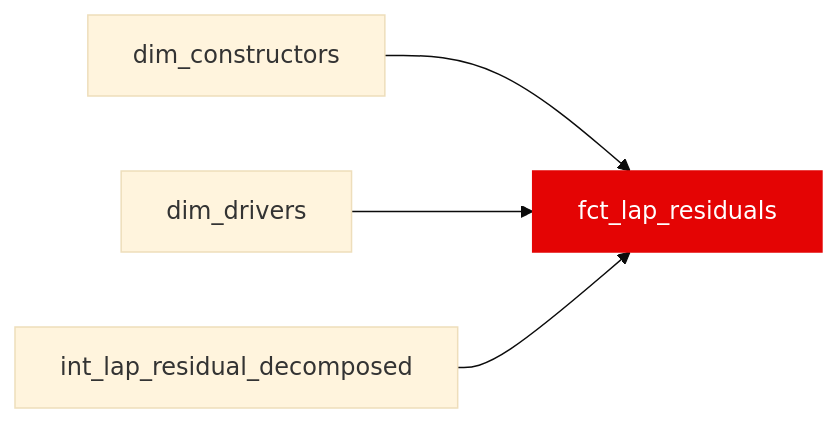
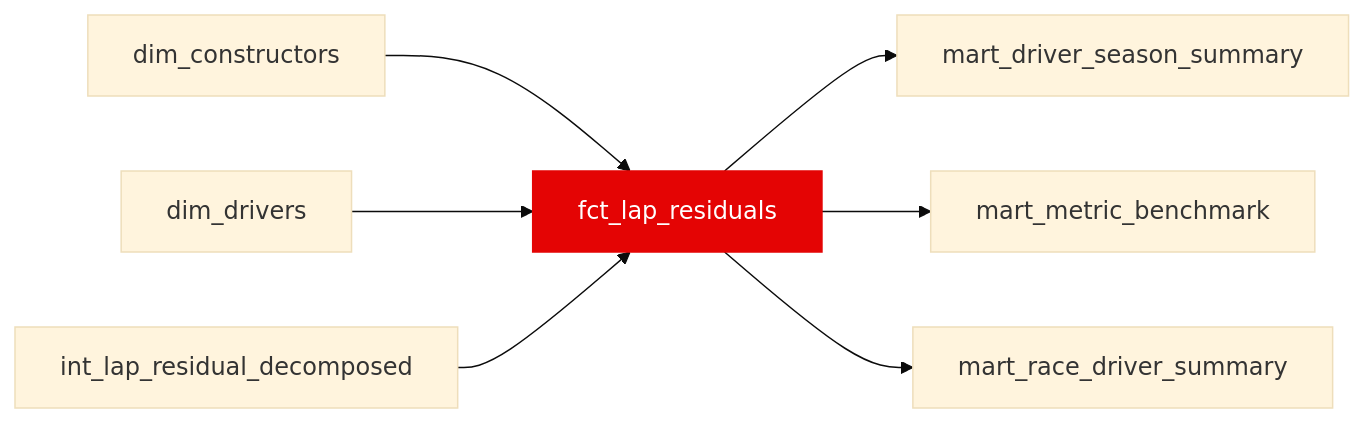
The diagram in docs/reference/models/fct/fct_lap_residuals.mdx (JustinClarke/off-the-pace), drawn with Mermaid (base theme) before and after one commit. The commit also changed other lines of this file and 224 other files, not shown here.

````diff
--- a/docs/reference/models/fct/fct_lap_residuals.mdx
+++ b/docs/reference/models/fct/fct_lap_residuals.mdx
@@ -19,7 +19,10 @@
 ```mermaid
 flowchart LR
   dim_constructors --> fct_lap_residuals
   dim_drivers --> fct_lap_residuals
   int_lap_residual_decomposed --> fct_lap_residuals
+  fct_lap_residuals --> mart_driver_season_summary
+  fct_lap_residuals --> mart_metric_benchmark
+  fct_lap_residuals --> mart_race_driver_summary
   style fct_lap_residuals fill:#e40404,stroke:#e40404,color:#fff
 ```
````
